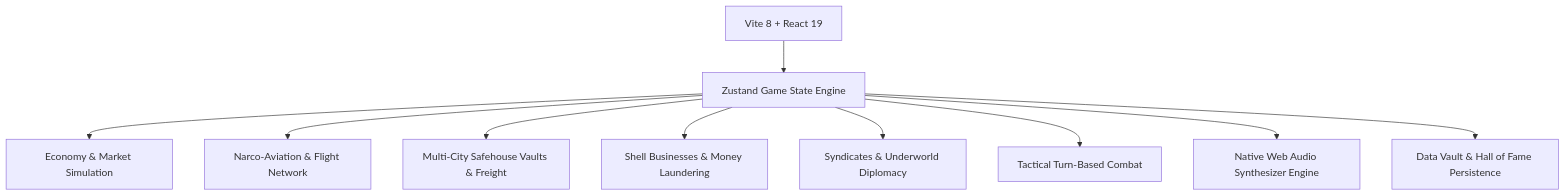
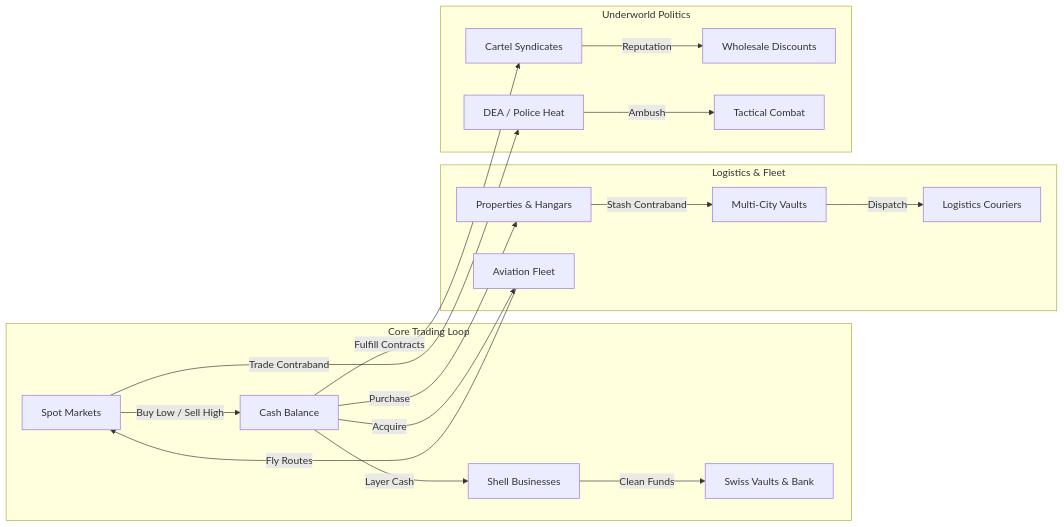
One commit to danz-the-penguin/druglord-revanced changed the diagram in README.md. Above: the diagram before and after it, drawn with Mermaid. The commit also changed other lines of this file, not shown here.

Commit message:
docs: rewrite README with retro ASCII banner, 2003 vs ReVanced evolution matrix, 25-commodity table & cheat engine guide

````diff
--- a/README.md
+++ b/README.md
@@ -108,12 +53,21 @@
 ```mermaid
-graph TD
-    A[Vite 8 + React 19] --> B[Zustand Game State Engine]
-    B --> C[Economy & Market Simulation]
-    B --> D[Narco-Aviation & Flight Network]
-    B --> E[Multi-City Safehouse Vaults & Freight]
-    B --> F[Shell Businesses & Money Laundering]
-    B --> G[Syndicates & Underworld Diplomacy]
-    B --> H[Tactical Turn-Based Combat]
-    B --> I[Native Web Audio Synthesizer Engine]
-    B --> J[Data Vault & Hall of Fame Persistence]
+graph LR
+    subgraph Core Trading Loop
+        A[Spot Markets] -->|Buy Low / Sell High| B[Cash Balance]
+        B -->|Layer Cash| C[Shell Businesses]
+        C -->|Clean Funds| D[Swiss Vaults & Bank]
+    end
+    subgraph Logistics & Fleet
+        B -->|Purchase| E[Properties & Hangars]
+        B -->|Acquire| F[Aviation Fleet]
+        F -->|Fly Routes| A
+        E -->|Stash Contraband| G[Multi-City Vaults]
+        G -->|Dispatch| H[Logistics Couriers]
+    end
+    subgraph Underworld Politics
+        B -->|Fulfill Contracts| I[Cartel Syndicates]
+        I -->|Reputation| J[Wholesale Discounts]
+        A -->|Trade Contraband| K[DEA / Police Heat]
+        K -->|Ambush| L[Tactical Combat]
+    end
 ```
````
